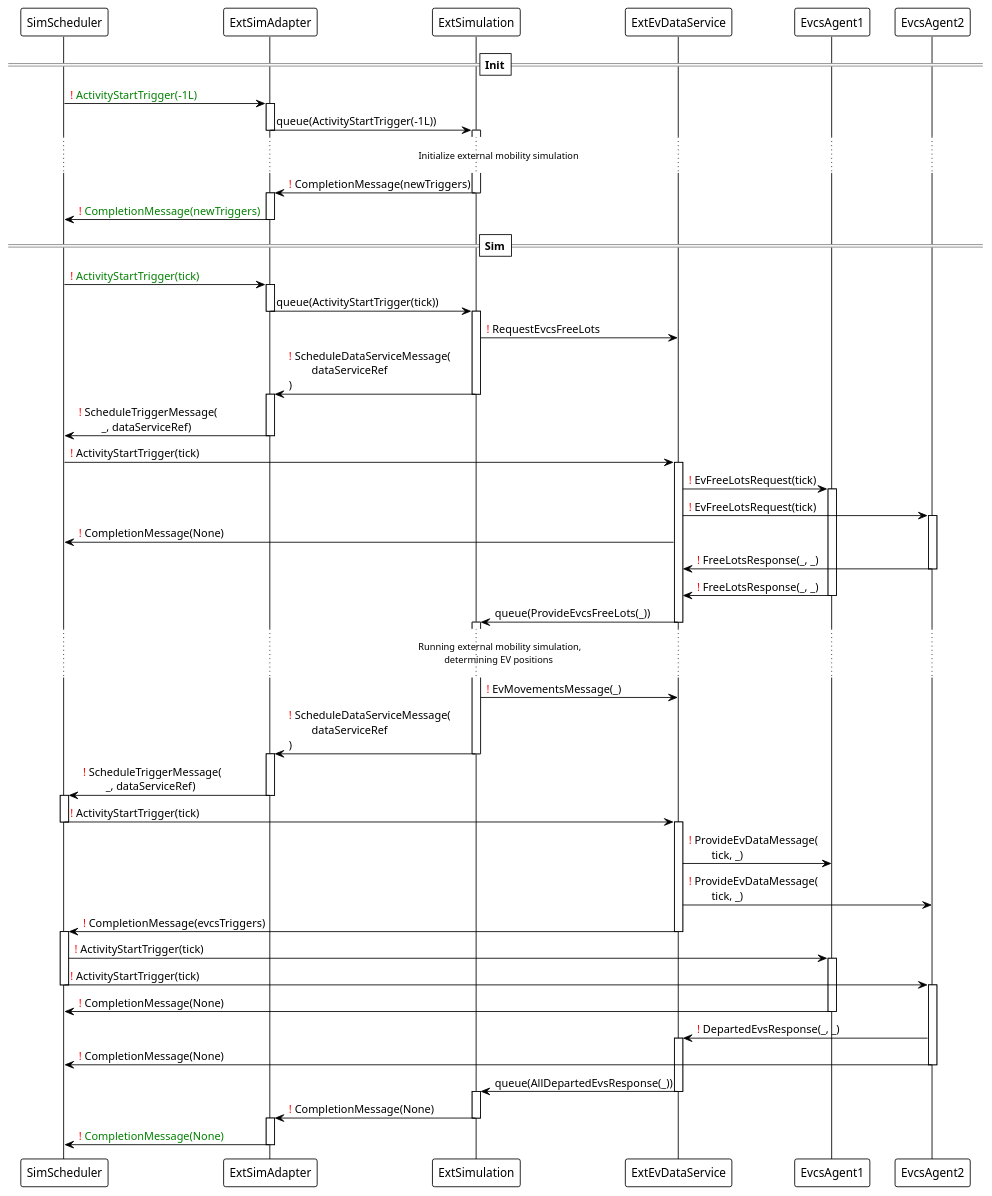
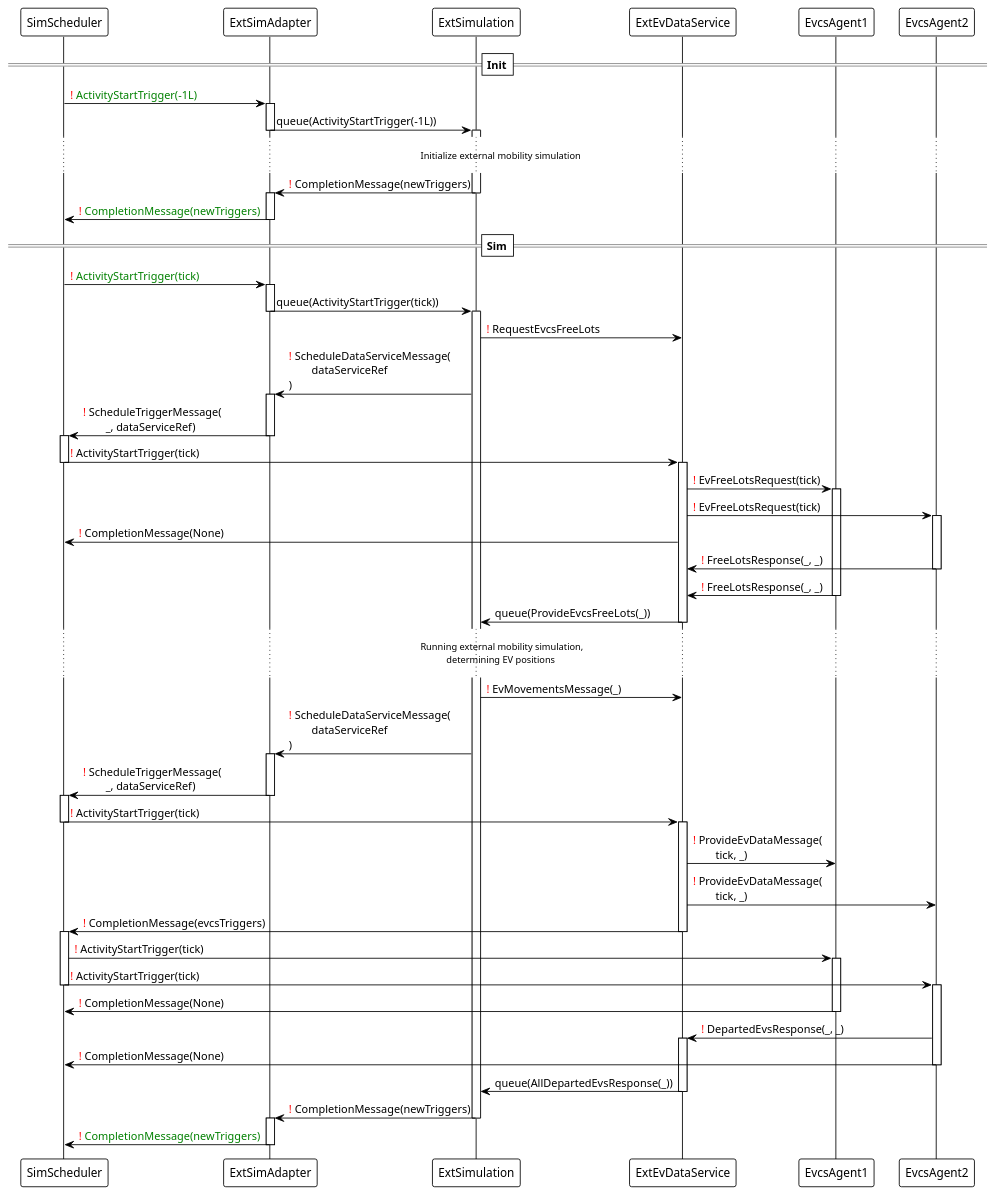
Before and after one commit to ie3-institute/simona: the diagram in docs/uml/protocol/ExtEvSimulationSequence.puml, drawn with PlantUML.

Commit message:
Improving diagram once more

```diff
--- a/docs/uml/protocol/ExtEvSimulationSequence.puml
+++ b/docs/uml/protocol/ExtEvSimulationSequence.puml
@@ -1,99 +1,98 @@
 @startuml
 
 !theme plain
 
 ==Init==
 SimScheduler -> ExtSimAdapter: <font color=red>!</font> <font color=green>ActivityStartTrigger(-1L)</font>
 activate ExtSimAdapter
 
 ExtSimAdapter -> ExtSimulation: queue(ActivityStartTrigger(-1L))
 deactivate ExtSimAdapter
 activate ExtSimulation
 ... Initialize external mobility simulation ...
 
 ExtSimulation -> ExtSimAdapter: <font color=red>!</font> CompletionMessage(newTriggers)
 deactivate ExtSimulation
 activate ExtSimAdapter
 
 ExtSimAdapter -> SimScheduler: <font color=red>!</font> <font color=green>CompletionMessage(newTriggers)</font>
 deactivate ExtSimAdapter
 
 ==Sim==
 SimScheduler -> ExtSimAdapter: <font color=red>!</font> <font color=green>ActivityStartTrigger(tick)</font>
 activate ExtSimAdapter
 
 ExtSimAdapter -> ExtSimulation: queue(ActivityStartTrigger(tick))
 deactivate ExtSimAdapter
 
 activate ExtSimulation
 ExtSimulation -> ExtEvDataService: <font color=red>!</font> RequestEvcsFreeLots
 ExtSimulation -> ExtSimAdapter: <font color=red>!</font> ScheduleDataServiceMessage(\n\tdataServiceRef\n)
-deactivate ExtSimulation
 
 activate ExtSimAdapter
 ExtSimAdapter -> SimScheduler: <font color=red>!</font> ScheduleTriggerMessage(\n\t_, dataServiceRef)
 deactivate ExtSimAdapter
 
+activate SimScheduler
 SimScheduler -> ExtEvDataService: <font color=red>!</font> ActivityStartTrigger(tick)
+deactivate SimScheduler
+
 activate ExtEvDataService
 ExtEvDataService -> EvcsAgent1: <font color=red>!</font> EvFreeLotsRequest(tick)
 activate EvcsAgent1
 ExtEvDataService -> EvcsAgent2: <font color=red>!</font> EvFreeLotsRequest(tick)
 activate EvcsAgent2
 
 ExtEvDataService -> SimScheduler: <font color=red>!</font> CompletionMessage(None)
 
 EvcsAgent2 -> ExtEvDataService: <font color=red>!</font> FreeLotsResponse(_, _)
 deactivate EvcsAgent2
 EvcsAgent1 -> ExtEvDataService: <font color=red>!</font> FreeLotsResponse(_, _)
 deactivate EvcsAgent1
 ExtEvDataService -> ExtSimulation: queue(ProvideEvcsFreeLots(_))
 deactivate ExtEvDataService
 
-activate ExtSimulation
 ... Running external mobility simulation,\n determining EV positions ...
 ExtSimulation -> ExtEvDataService: <font color=red>!</font> EvMovementsMessage(_)
 ExtSimulation -> ExtSimAdapter: <font color=red>!</font> ScheduleDataServiceMessage(\n\tdataServiceRef\n)
-deactivate ExtSimulation
 
 activate ExtSimAdapter
 ExtSimAdapter -> SimScheduler: <font color=red>!</font> ScheduleTriggerMessage(\n\t_, dataServiceRef)
 deactivate ExtSimAdapter
 
 activate SimScheduler
 SimScheduler -> ExtEvDataService: <font color=red>!</font> ActivityStartTrigger(tick)
 deactivate SimScheduler
 
 activate ExtEvDataService
 ExtEvDataService -> EvcsAgent1: <font color=red>!</font> ProvideEvDataMessage(\n\ttick, _)
 ExtEvDataService -> EvcsAgent2: <font color=red>!</font> ProvideEvDataMessage(\n\ttick, _)
 ExtEvDataService -> SimScheduler: <font color=red>!</font> CompletionMessage(evcsTriggers)
 deactivate ExtEvDataService
 
 activate SimScheduler
 SimScheduler -> EvcsAgent1: <font color=red>!</font> ActivityStartTrigger(tick)
 activate EvcsAgent1
 SimScheduler -> EvcsAgent2: <font color=red>!</font> ActivityStartTrigger(tick)
 deactivate SimScheduler
 
 activate EvcsAgent2
 EvcsAgent1 -> SimScheduler: <font color=red>!</font> CompletionMessage(None)
 deactivate EvcsAgent1
 
 EvcsAgent2 -> ExtEvDataService: <font color=red>!</font> DepartedEvsResponse(_, _)
 activate ExtEvDataService
 EvcsAgent2 -> SimScheduler: <font color=red>!</font> CompletionMessage(None)
 deactivate EvcsAgent2
 
 ExtEvDataService -> ExtSimulation: queue(AllDepartedEvsResponse(_))
 deactivate ExtEvDataService
 
-activate ExtSimulation
-ExtSimulation -> ExtSimAdapter: <font color=red>!</font> CompletionMessage(None)
+ExtSimulation -> ExtSimAdapter: <font color=red>!</font> CompletionMessage(newTriggers)
 deactivate ExtSimulation
 
 activate ExtSimAdapter
-ExtSimAdapter -> SimScheduler: <font color=red>!</font> <font color=green>CompletionMessage(None)</font>
+ExtSimAdapter -> SimScheduler: <font color=red>!</font> <font color=green>CompletionMessage(newTriggers)</font>
 deactivate ExtSimAdapter
 
 @enduml
```
